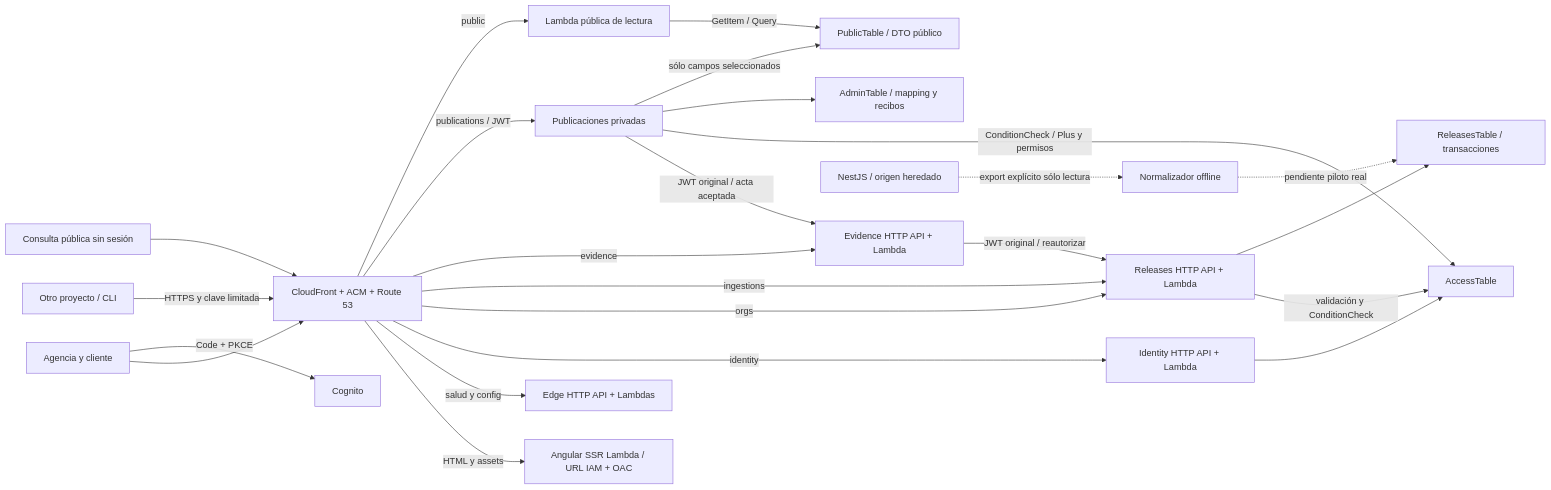
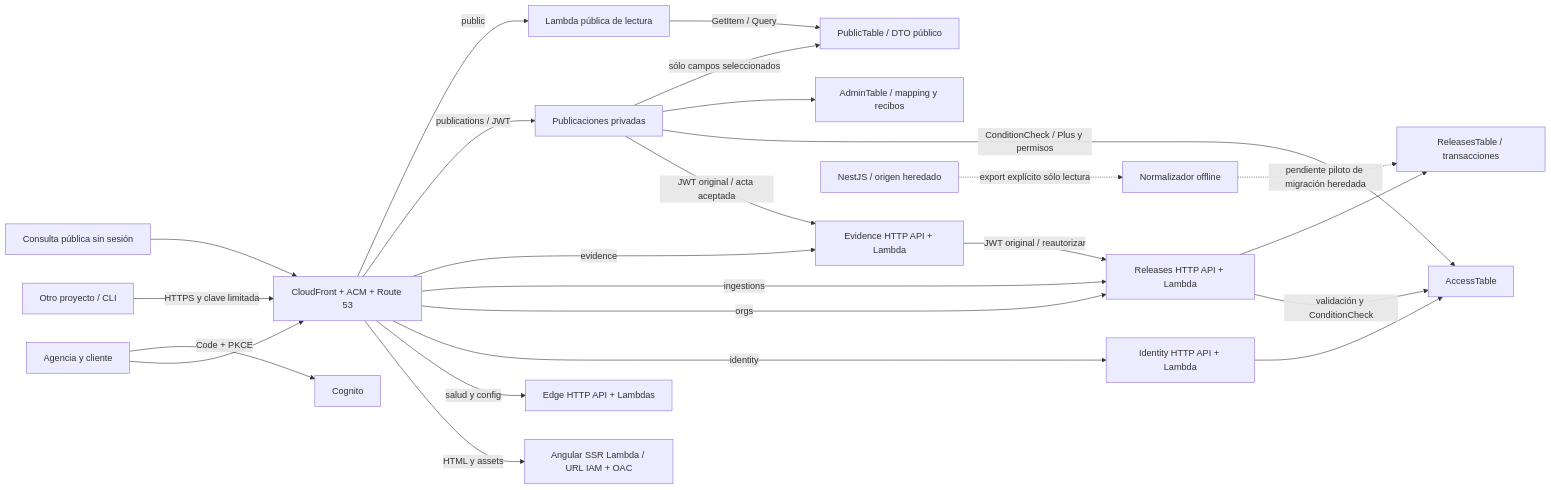
One commit to LynxPardelle/logs-of-change changed the diagram in docs/architecture/ARCHITECTURE.md. Above: the diagram before and after it, drawn with Mermaid. The commit also changed other lines of this file and 7 other files, not shown here.

````diff
--- a/docs/architecture/ARCHITECTURE.md
+++ b/docs/architecture/ARCHITECTURE.md
@@ -17,26 +17,26 @@
 ```mermaid
 flowchart LR
   U[Agencia y cliente] --> CF[CloudFront + ACM + Route 53]
   CF -->|HTML y assets| SSR[Angular SSR Lambda / URL IAM + OAC]
   CF -->|salud y config| EDGE[Edge HTTP API + Lambdas]
   CF -->|identity| ID[Identity HTTP API + Lambda]
   CF -->|orgs| REL[Releases HTTP API + Lambda]
   EXT[Otro proyecto / CLI] -->|HTTPS y clave limitada| CF
   CF -->|ingestions| REL
   CF -->|evidence| EV[Evidence HTTP API + Lambda]
   CF -->|publications / JWT| PUB[Publicaciones privadas]
   V[Consulta pública sin sesión] --> CF
   CF -->|public| READ[Lambda pública de lectura]
   U -->|Code + PKCE| COG[Cognito]
   ID --> ACL[AccessTable]
   REL -->|validación y ConditionCheck| ACL
   REL --> DB[ReleasesTable / transacciones]
   EV -->|JWT original / reautorizar| REL
   PUB -->|JWT original / acta aceptada| EV
   PUB -->|ConditionCheck / Plus y permisos| ACL
   PUB --> ADM[AdminTable / mapping y recibos]
   PUB -->|sólo campos seleccionados| DTO[PublicTable / DTO público]
   READ -->|GetItem / Query| DTO
   LEG[NestJS / origen heredado] -.->|export explícito sólo lectura| MIG[Normalizador offline]
-  MIG -.->|pendiente piloto real| DB
+  MIG -.->|pendiente piloto de migración heredada| DB
 ```
````
